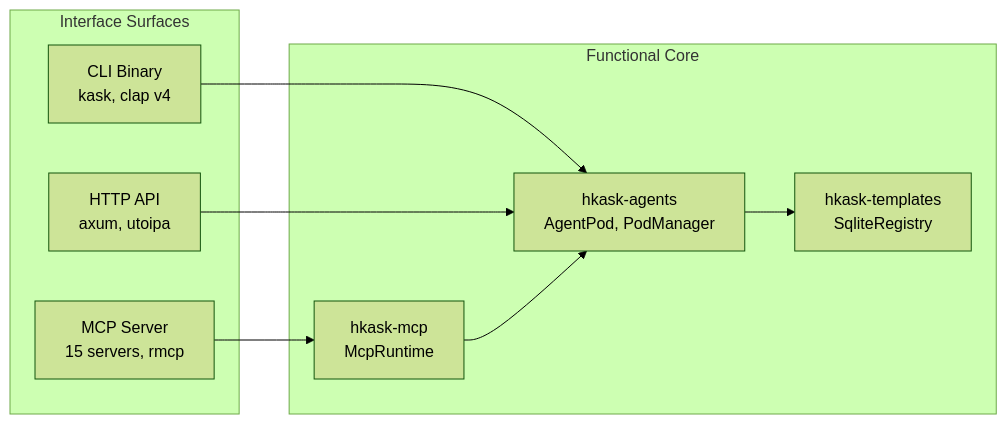
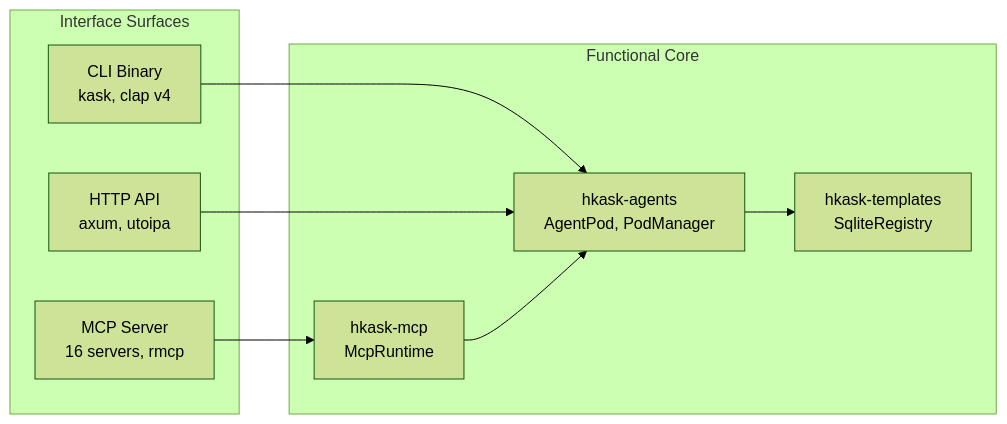
Before and after one commit to mdz-axo/hKask: the first of 2 diagrams in docs/architecture/interface-and-composition.md, drawn with Mermaid (forest theme). The commit also changed other lines of this file and 5 other files, not shown here.

````diff
--- a/docs/architecture/interface-and-composition.md
+++ b/docs/architecture/interface-and-composition.md
@@ -25,20 +25,20 @@
 ```mermaid
 graph LR
     subgraph Surfaces["Interface Surfaces"]
-        MCP_S["MCP Server<br/>15 servers, rmcp"]
+        MCP_S["MCP Server<br/>16 servers, rmcp"]
         CLI_S["CLI Binary<br/>kask, clap v4"]
         API_S["HTTP API<br/>axum, utoipa"]
     end
 
     subgraph Core["Functional Core"]
         AGENTS["hkask-agents<br/>AgentPod, PodManager"]
         TEMPLATES["hkask-templates<br/>SqliteRegistry"]
         MCP_RT["hkask-mcp<br/>McpRuntime"]
     end
 
     MCP_S --> MCP_RT
     CLI_S --> AGENTS
     API_S --> AGENTS
     MCP_RT --> AGENTS
     AGENTS --> TEMPLATES
 ```
````
